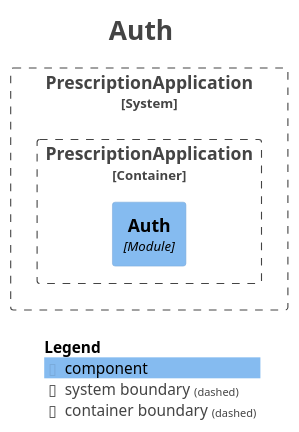
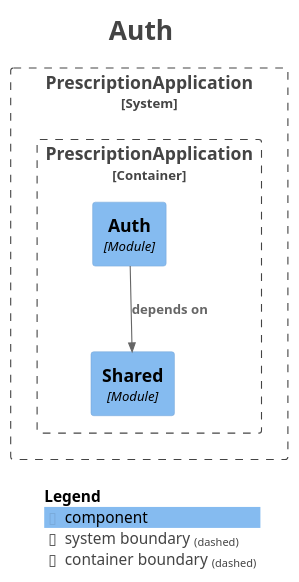
Before and after one commit to Losdreyfedus/doping-prescription: the diagram in docs/moduller/module-auth.puml, drawn with PlantUML. The commit also changed 6 other files, not shown here.

```diff
--- a/docs/moduller/module-auth.puml
+++ b/docs/moduller/module-auth.puml
@@ -1,27 +1,30 @@
 @startuml
 title <size:24>Auth</size>
 
 set separator none
 top to bottom direction
 
 <style>
   root {
     BackgroundColor: #ffffff
     FontColor: #444444
   }
 </style>
 
 !include <C4/C4>
 !include <C4/C4_Context>
 !include <C4/C4_Component>
 
 System_Boundary("PrescriptionApplication_boundary", "PrescriptionApplication", $tags="") {
   Container_Boundary("PrescriptionApplication.PrescriptionApplication_boundary", "PrescriptionApplication", $tags="") {
     Component(PrescriptionApplication.PrescriptionApplication.Auth, "Auth", $techn="Module", $descr="", $tags="", $link="")
+    Component(PrescriptionApplication.PrescriptionApplication.Shared, "Shared", $techn="Module", $descr="", $tags="", $link="")
   }
 
 }
 
+Rel(PrescriptionApplication.PrescriptionApplication.Auth, PrescriptionApplication.PrescriptionApplication.Shared, "depends on", $techn="", $tags="", $link="")
+
 SHOW_LEGEND(true)
 hide stereotypes
 @enduml
```
